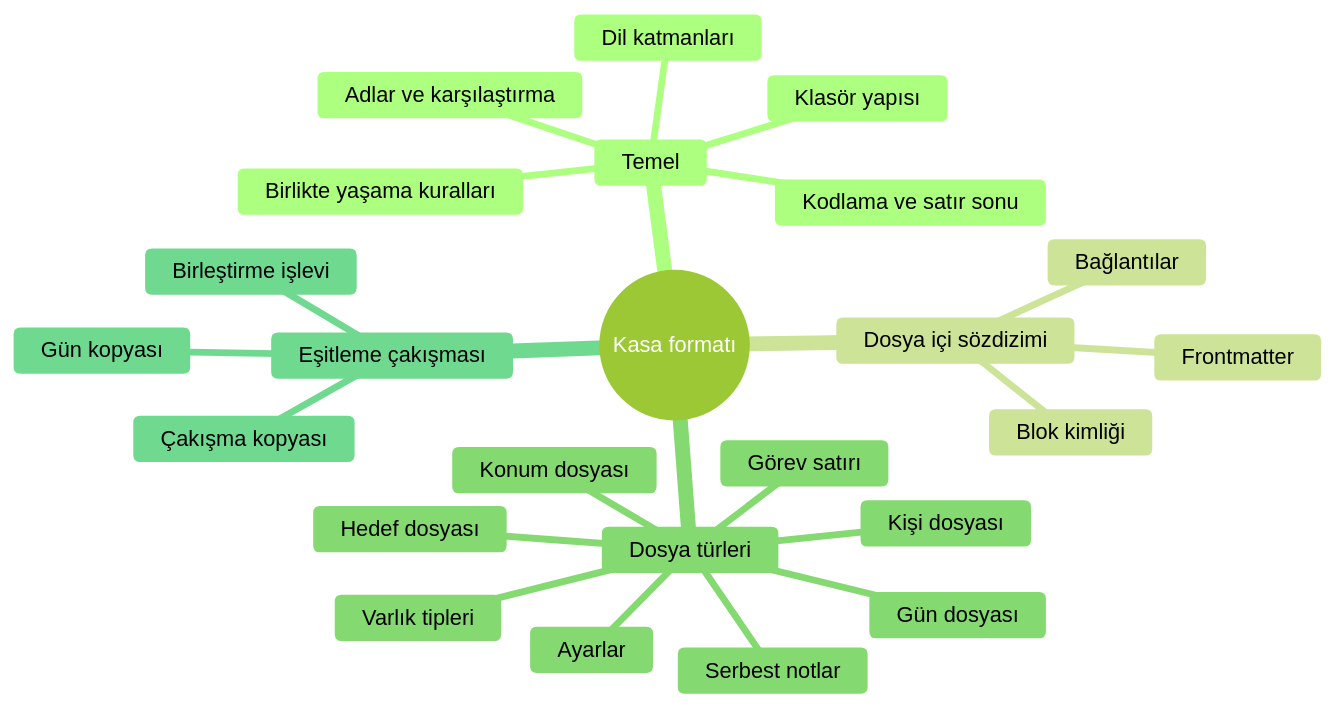
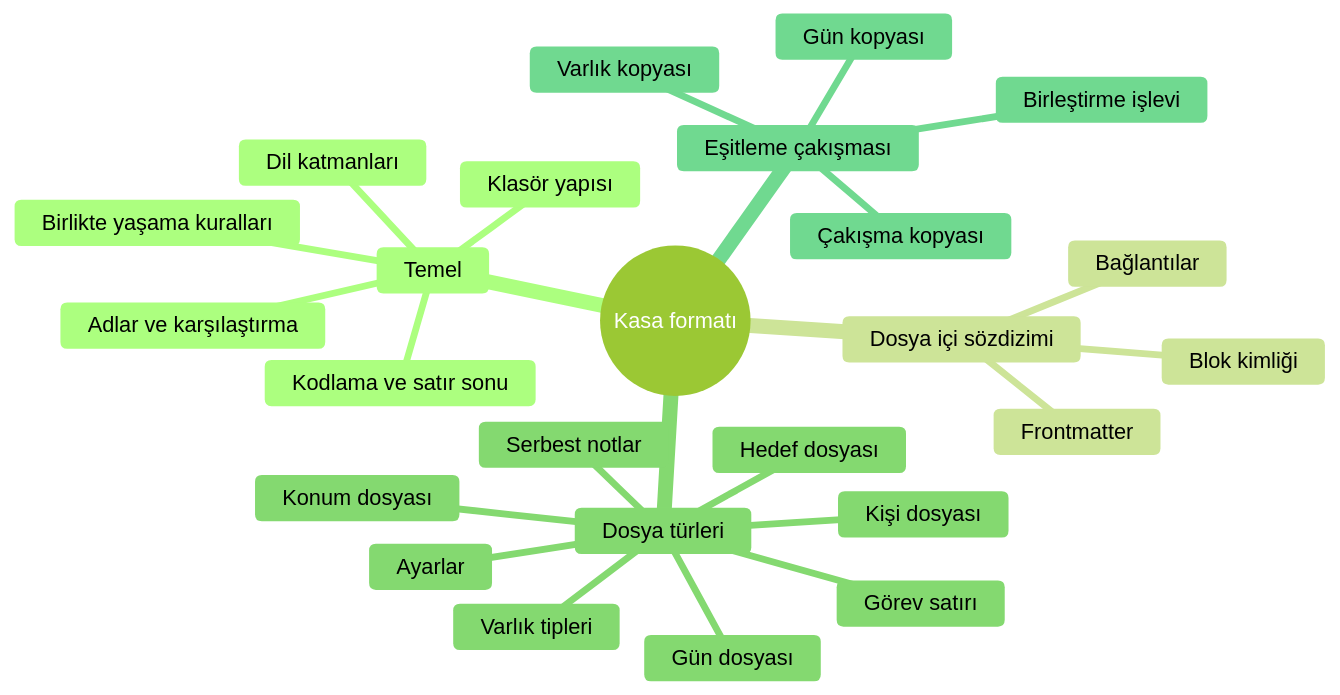
Before and after one commit to dogancanyildiz/kenet: the first of 22 diagrams in docs/vault-format.md, drawn with Mermaid (forest theme). The commit also changed other lines of this file and 39 other files, not shown here.

````diff
--- a/docs/vault-format.md
+++ b/docs/vault-format.md
@@ -17,27 +17,28 @@
 ```mermaid
 mindmap
   root((Kasa formatı))
     Temel
       Kodlama ve satır sonu
       Dil katmanları
       Birlikte yaşama kuralları
       Klasör yapısı
       Adlar ve karşılaştırma
     Dosya içi sözdizimi
       Frontmatter
       Bağlantılar
       Blok kimliği
     Dosya türleri
       Gün dosyası
       Görev satırı
       Kişi dosyası
       Konum dosyası
       Hedef dosyası
       Serbest notlar
       Ayarlar
       Varlık tipleri
     Eşitleme çakışması
       Gün kopyası
       Birleştirme işlevi
       Çakışma kopyası
+      Varlık kopyası
 ```
````
